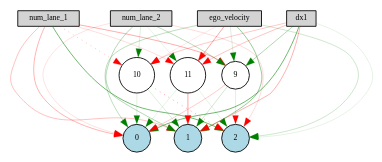
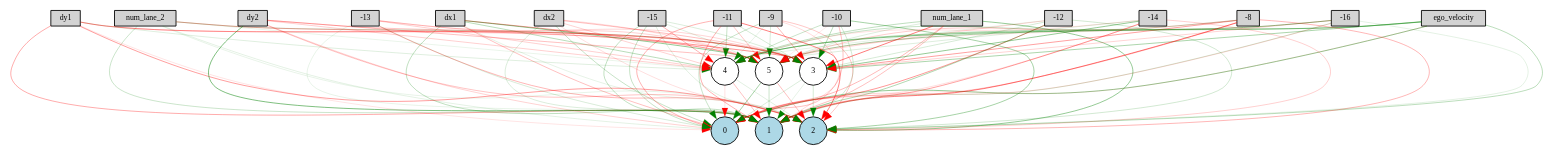
Before and after one commit to GeorgiosKoukas/autonomous_dilemma: the diagram in main/workspace_trolley_neat/effort_after_meeting/Digraph.gv, drawn with Graphviz. The commit also changed 6 other files, not shown here.

```diff
--- a/main/workspace_trolley_neat/effort_after_meeting/Digraph.gv
+++ b/main/workspace_trolley_neat/effort_after_meeting/Digraph.gv
@@ -1,46 +1,130 @@
 digraph {
 	node [fontsize=9 height=0.2 shape=circle width=0.2]
 	num_lane_1 [fillcolor=lightgray shape=box style=filled]
 	num_lane_2 [fillcolor=lightgray shape=box style=filled]
 	ego_velocity [fillcolor=lightgray shape=box style=filled]
 	dx1 [fillcolor=lightgray shape=box style=filled]
+	dy1 [fillcolor=lightgray shape=box style=filled]
+	dx2 [fillcolor=lightgray shape=box style=filled]
+	dy2 [fillcolor=lightgray shape=box style=filled]
+	-8 [fillcolor=lightgray shape=box style=filled]
+	-9 [fillcolor=lightgray shape=box style=filled]
+	-10 [fillcolor=lightgray shape=box style=filled]
+	-11 [fillcolor=lightgray shape=box style=filled]
+	-12 [fillcolor=lightgray shape=box style=filled]
+	-13 [fillcolor=lightgray shape=box style=filled]
+	-14 [fillcolor=lightgray shape=box style=filled]
+	-15 [fillcolor=lightgray shape=box style=filled]
+	-16 [fillcolor=lightgray shape=box style=filled]
 	0 [fillcolor=lightblue style=filled]
 	1 [fillcolor=lightblue style=filled]
 	2 [fillcolor=lightblue style=filled]
-	9 [fillcolor=white style=filled]
-	10 [fillcolor=white style=filled]
-	11 [fillcolor=white style=filled]
-	num_lane_1 -> 9 [color=red penwidth=0.3658101978050732 style=solid]
-	num_lane_1 -> 10 [color=red penwidth=0.31209163215101743 style=dotted]
-	num_lane_1 -> 11 [color=red penwidth=0.16254698140988355 style=solid]
-	num_lane_2 -> 9 [color=green penwidth=0.31635421525838986 style=solid]
-	num_lane_2 -> 10 [color=green penwidth=0.15679966295974695 style=solid]
-	num_lane_2 -> 11 [color=green penwidth=0.11030568196640905 style=solid]
-	ego_velocity -> 9 [color=green penwidth=0.16364880491149048 style=solid]
-	ego_velocity -> 10 [color=red penwidth=0.11271800406664875 style=solid]
-	ego_velocity -> 11 [color=red penwidth=0.4097869345644962 style=solid]
-	dx1 -> 9 [color=green penwidth=0.3588792232975142 style=solid]
-	dx1 -> 10 [color=red penwidth=0.25236945498186847 style=solid]
-	dx1 -> 11 [color=red penwidth=0.26684236581317156 style=solid]
-	9 -> 0 [color=red penwidth=0.23952339098800965 style=solid]
-	9 -> 1 [color=green penwidth=0.2205167018798842 style=solid]
-	9 -> 2 [color=red penwidth=0.14189383261270738 style=solid]
-	10 -> 0 [color=green penwidth=0.14177156063938473 style=solid]
-	10 -> 1 [color=green penwidth=0.15659174647267438 style=solid]
-	10 -> 2 [color=red penwidth=0.457155091356895 style=dotted]
-	11 -> 0 [color=green penwidth=0.12428149408417301 style=solid]
-	11 -> 1 [color=red penwidth=0.419536116747646 style=solid]
-	11 -> 2 [color=green penwidth=0.12249599382071313 style=solid]
-	num_lane_1 -> 0 [color=red penwidth=0.3383365323061347 style=solid]
-	num_lane_1 -> 1 [color=red penwidth=0.28173537581704783 style=solid]
-	num_lane_1 -> 2 [color=green penwidth=0.6359793500395449 style=solid]
-	num_lane_2 -> 0 [color=red penwidth=0.13952073600125695 style=solid]
-	num_lane_2 -> 1 [color=green penwidth=0.34179560173332174 style=solid]
-	num_lane_2 -> 2 [color=red penwidth=0.17478337823669127 style=solid]
-	ego_velocity -> 0 [color=green penwidth=0.2966775146017603 style=solid]
-	ego_velocity -> 1 [color=green penwidth=0.4675768217368075 style=solid]
-	ego_velocity -> 2 [color=green penwidth=0.2254166472852663 style=solid]
-	dx1 -> 0 [color=green penwidth=0.6486739365346398 style=solid]
-	dx1 -> 1 [color=red penwidth=0.35601154005896374 style=solid]
-	dx1 -> 2 [color=green penwidth=0.11676556046177519 style=solid]
+	3 [fillcolor=white style=filled]
+	4 [fillcolor=white style=filled]
+	5 [fillcolor=white style=filled]
+	num_lane_1 -> 3 [color=red penwidth=0.5983937272477738 style=solid]
+	num_lane_1 -> 4 [color=green penwidth=0.2964217052340984 style=solid]
+	num_lane_1 -> 5 [color=green penwidth=0.16320407431356954 style=solid]
+	num_lane_2 -> 3 [color=green penwidth=0.2715084404624551 style=solid]
+	num_lane_2 -> 4 [color=green penwidth=0.10336982077776909 style=solid]
+	num_lane_2 -> 5 [color=red penwidth=0.34877895305013495 style=solid]
+	ego_velocity -> 3 [color=green penwidth=0.3757991110976051 style=solid]
+	ego_velocity -> 4 [color=green penwidth=0.38949676632562036 style=solid]
+	ego_velocity -> 5 [color=green penwidth=0.41478616820991776 style=solid]
+	dx1 -> 3 [color=red penwidth=0.4944600154286335 style=solid]
+	dx1 -> 4 [color=green penwidth=0.3165142512441447 style=solid]
+	dx1 -> 5 [color=green penwidth=0.48586450128286574 style=solid]
+	dy1 -> 3 [color=red penwidth=0.45544125876324215 style=solid]
+	dy1 -> 4 [color=green penwidth=0.15156094133211795 style=solid]
+	dy1 -> 5 [color=red penwidth=0.19219675725096053 style=solid]
+	dx2 -> 3 [color=red penwidth=0.2947442363955899 style=solid]
+	dx2 -> 4 [color=red penwidth=0.213036345726397 style=solid]
+	dx2 -> 5 [color=red penwidth=0.1604650851299841 style=solid]
+	dy2 -> 3 [color=red penwidth=0.27887331040980395 style=solid]
+	dy2 -> 4 [color=red penwidth=0.2220898636515813 style=solid]
+	dy2 -> 5 [color=red penwidth=0.28903216325397774 style=solid]
+	-8 -> 3 [color=red penwidth=0.43450376223988263 style=solid]
+	-8 -> 4 [color=green penwidth=0.2574225347925695 style=solid]
+	-8 -> 5 [color=red penwidth=0.22862353278090083 style=solid]
+	-9 -> 3 [color=red penwidth=0.32226080230131654 style=solid]
+	-9 -> 4 [color=green penwidth=0.11550625496249041 style=solid]
+	-9 -> 5 [color=green penwidth=0.1818062986611827 style=solid]
+	-10 -> 3 [color=green penwidth=0.3062703148943603 style=solid]
+	-10 -> 4 [color=green penwidth=0.25362603990280624 style=solid]
+	-10 -> 5 [color=red penwidth=0.10322308070264494 style=solid]
+	-11 -> 3 [color=green penwidth=0.1869494912420237 style=solid]
+	-11 -> 4 [color=green penwidth=0.24655176472426585 style=solid]
+	-11 -> 5 [color=red penwidth=0.2611871928571058 style=solid]
+	-12 -> 3 [color=green penwidth=0.19116753782621915 style=solid]
+	-12 -> 4 [color=green penwidth=0.12039403589627537 style=solid]
+	-12 -> 5 [color=red penwidth=0.1947598522277913 style=solid]
+	-13 -> 3 [color=red penwidth=0.1881934072175096 style=solid]
+	-13 -> 4 [color=red penwidth=0.21843748372077754 style=solid]
+	-13 -> 5 [color=red penwidth=0.21865076642709536 style=solid]
+	-14 -> 3 [color=green penwidth=0.47671141019796703 style=solid]
+	-14 -> 4 [color=red penwidth=0.14495184905450098 style=solid]
+	-14 -> 5 [color=green penwidth=0.16316593157851972 style=solid]
+	-15 -> 3 [color=green penwidth=0.17264175469965862 style=solid]
+	-15 -> 4 [color=red penwidth=0.3494035248572511 style=solid]
+	-15 -> 5 [color=green penwidth=0.13696933261784014 style=solid]
+	-16 -> 3 [color=red penwidth=0.2047864341942659 style=solid]
+	-16 -> 4 [color=green penwidth=0.5114516514931388 style=solid]
+	-16 -> 5 [color=red penwidth=0.10815721716608603 style=solid]
+	3 -> 0 [color=green penwidth=0.16595166458659097 style=solid]
+	3 -> 1 [color=green penwidth=0.1198224523894998 style=solid]
+	3 -> 2 [color=green penwidth=0.2012641792859392 style=solid]
+	4 -> 0 [color=red penwidth=0.13743390223828783 style=solid]
+	4 -> 1 [color=red penwidth=0.2833277439937326 style=solid]
+	4 -> 2 [color=green penwidth=0.1447018177546926 style=solid]
+	5 -> 0 [color=green penwidth=0.3890251423892894 style=solid]
+	5 -> 1 [color=green penwidth=0.2411717521875787 style=solid]
+	5 -> 2 [color=red penwidth=0.2881839693147073 style=solid]
+	num_lane_1 -> 0 [color=red penwidth=0.31725955091308955 style=solid]
+	num_lane_1 -> 1 [color=red penwidth=0.29200708000594455 style=solid]
+	num_lane_1 -> 2 [color=green penwidth=0.48157974171234974 style=solid]
+	num_lane_2 -> 0 [color=green penwidth=0.12914865022205532 style=solid]
+	num_lane_2 -> 1 [color=green penwidth=0.24039765831697466 style=solid]
+	num_lane_2 -> 2 [color=green penwidth=0.10979458476018442 style=solid]
+	ego_velocity -> 0 [color=green penwidth=0.4784755466273609 style=solid]
+	ego_velocity -> 1 [color=red penwidth=0.10452435246890776 style=solid]
+	ego_velocity -> 2 [color=green penwidth=0.30624583042178855 style=solid]
+	dx1 -> 0 [color=red penwidth=0.2889359486582699 style=solid]
+	dx1 -> 1 [color=green penwidth=0.29352729713226167 style=solid]
+	dx1 -> 2 [color=green penwidth=0.12293419004721708 style=solid]
+	dy1 -> 0 [color=red penwidth=0.1335833489670042 style=solid]
+	dy1 -> 1 [color=red penwidth=0.3771370574568501 style=solid]
+	dy1 -> 2 [color=red penwidth=0.4437763358988548 style=solid]
+	dx2 -> 0 [color=green penwidth=0.26438522703439826 style=solid]
+	dx2 -> 1 [color=green penwidth=0.17277033128467345 style=solid]
+	dx2 -> 2 [color=red penwidth=0.14747152320177834 style=solid]
+	dy2 -> 0 [color=red penwidth=0.21037423859586696 style=solid]
+	dy2 -> 1 [color=green penwidth=0.5836710835722968 style=solid]
+	dy2 -> 2 [color=red penwidth=0.26941558717220826 style=solid]
+	-8 -> 0 [color=red penwidth=0.27507861949645374 style=solid]
+	-8 -> 1 [color=red penwidth=0.5863391432010234 style=solid]
+	-8 -> 2 [color=red penwidth=0.3273784547619518 style=solid]
+	-9 -> 0 [color=green penwidth=0.2498862917068783 style=solid]
+	-9 -> 1 [color=red penwidth=0.16912250791955163 style=solid]
+	-9 -> 2 [color=red penwidth=0.25572374876070836 style=solid]
+	-10 -> 0 [color=red penwidth=0.2871830850777707 style=solid]
+	-10 -> 1 [color=green penwidth=0.19703570255841368 style=solid]
+	-10 -> 2 [color=green penwidth=0.41405584201781054 style=solid]
+	-11 -> 0 [color=red penwidth=0.35240523018817904 style=solid]
+	-11 -> 1 [color=red penwidth=0.3564168254245754 style=solid]
+	-11 -> 2 [color=red penwidth=0.5733524320974676 style=solid]
+	-12 -> 0 [color=red penwidth=0.47419491425767446 style=solid]
+	-12 -> 1 [color=green penwidth=0.3618094943092618 style=solid]
+	-12 -> 2 [color=green penwidth=0.2122035919799245 style=solid]
+	-13 -> 0 [color=green penwidth=0.175969819704676 style=solid]
+	-13 -> 1 [color=green penwidth=0.10714966496823206 style=solid]
+	-13 -> 2 [color=red penwidth=0.3300441698282507 style=solid]
+	-14 -> 0 [color=red penwidth=0.14856867382700376 style=solid]
+	-14 -> 1 [color=red penwidth=0.43168268144913036 style=solid]
+	-14 -> 2 [color=red penwidth=0.21802373824144278 style=solid]
+	-15 -> 0 [color=green penwidth=0.26478264453175826 style=solid]
+	-15 -> 1 [color=green penwidth=0.27961705274087323 style=solid]
+	-15 -> 2 [color=green penwidth=0.14067716740258476 style=solid]
+	-16 -> 0 [color=red penwidth=0.1884425590743078 style=solid]
+	-16 -> 1 [color=green penwidth=0.1943440515906491 style=solid]
+	-16 -> 2 [color=green penwidth=0.13237703733114992 style=solid]
 }
```
